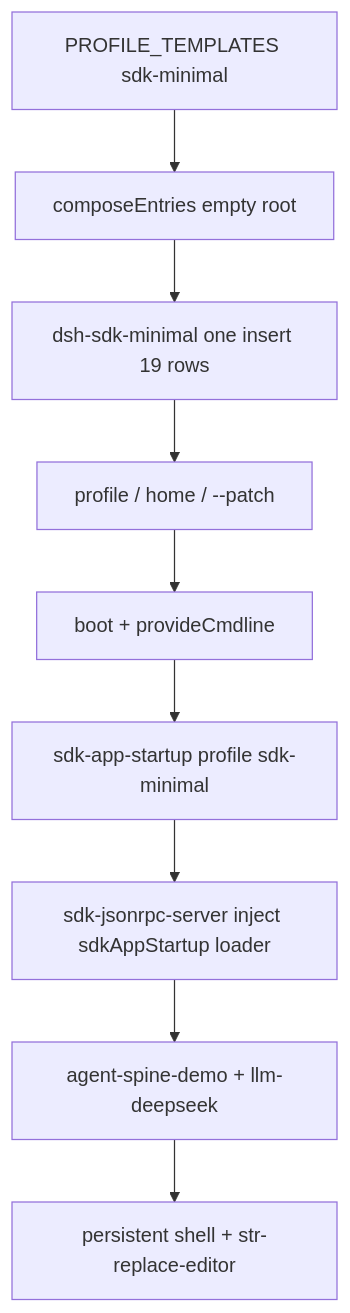
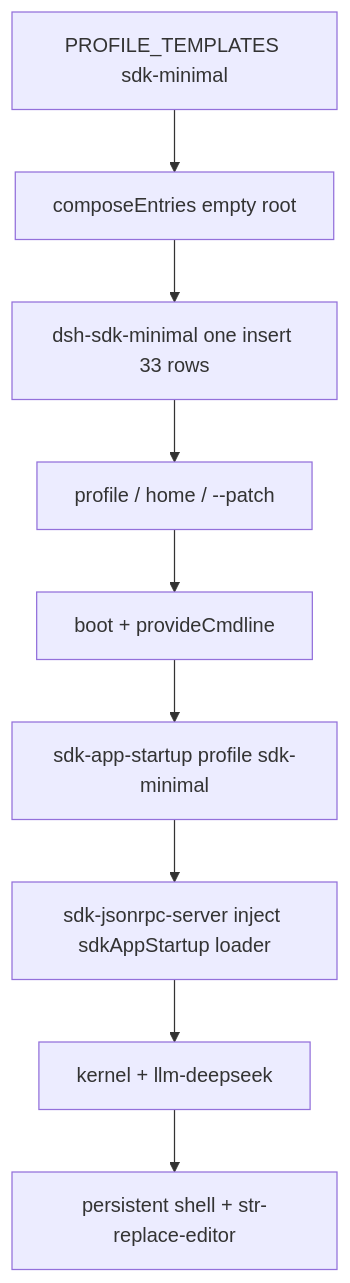
One commit to wdnmdtonyma/SOTA-Agent-LLM-Wiki changed the diagram in docs/llm-wiki/deepseek-harness/subsystems/composition/bundle-sdk-minimal.md. Above: the diagram before and after it, drawn with Mermaid. The commit also changed other lines of this file and 212 other files, not shown here.

````diff
--- a/docs/llm-wiki/deepseek-harness/subsystems/composition/bundle-sdk-minimal.md
+++ b/docs/llm-wiki/deepseek-harness/subsystems/composition/bundle-sdk-minimal.md
@@ -126,11 +137,11 @@
 ```mermaid
 flowchart TD
   tmpl["PROFILE_TEMPLATES sdk-minimal"] --> compose["composeEntries empty root"]
-  compose --> insert["dsh-sdk-minimal one insert 19 rows"]
+  compose --> insert["dsh-sdk-minimal one insert 33 rows"]
   insert --> user["profile / home / --patch"]
   user --> boot["boot + provideCmdline"]
   boot --> startup["sdk-app-startup profile sdk-minimal"]
   startup --> rpc["sdk-jsonrpc-server inject sdkAppStartup loader"]
-  rpc --> spine["agent-spine-demo + llm-deepseek"]
+  rpc --> spine["kernel + llm-deepseek"]
   spine --> tools["persistent shell + str-replace-editor"]
 ```
````
